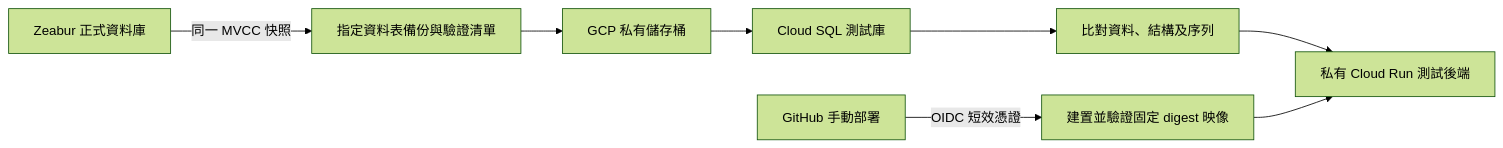
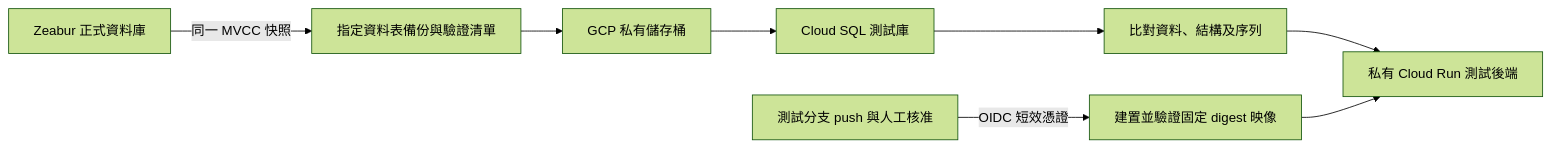
Before and after one commit to dreamerleolioa/financial-research: the diagram in docs/gcp-test-migration-runbook.md, drawn with Mermaid (forest theme). The commit also changed other lines of this file and 2 other files, not shown here.

````diff
--- a/docs/gcp-test-migration-runbook.md
+++ b/docs/gcp-test-migration-runbook.md
@@ -15,10 +15,10 @@
 ```mermaid
 flowchart LR
     A[Zeabur 正式資料庫] -->|同一 MVCC 快照| B[指定資料表備份與驗證清單]
     B --> C[GCP 私有儲存桶]
     C --> D[Cloud SQL 測試庫]
     D --> E[比對資料、結構及序列]
     E --> F[私有 Cloud Run 測試後端]
-    G[GitHub 手動部署] -->|OIDC 短效憑證| H[建置並驗證固定 digest 映像]
+    G[測試分支 push 與人工核准] -->|OIDC 短效憑證| H[建置並驗證固定 digest 映像]
     H --> F
 ```
````
